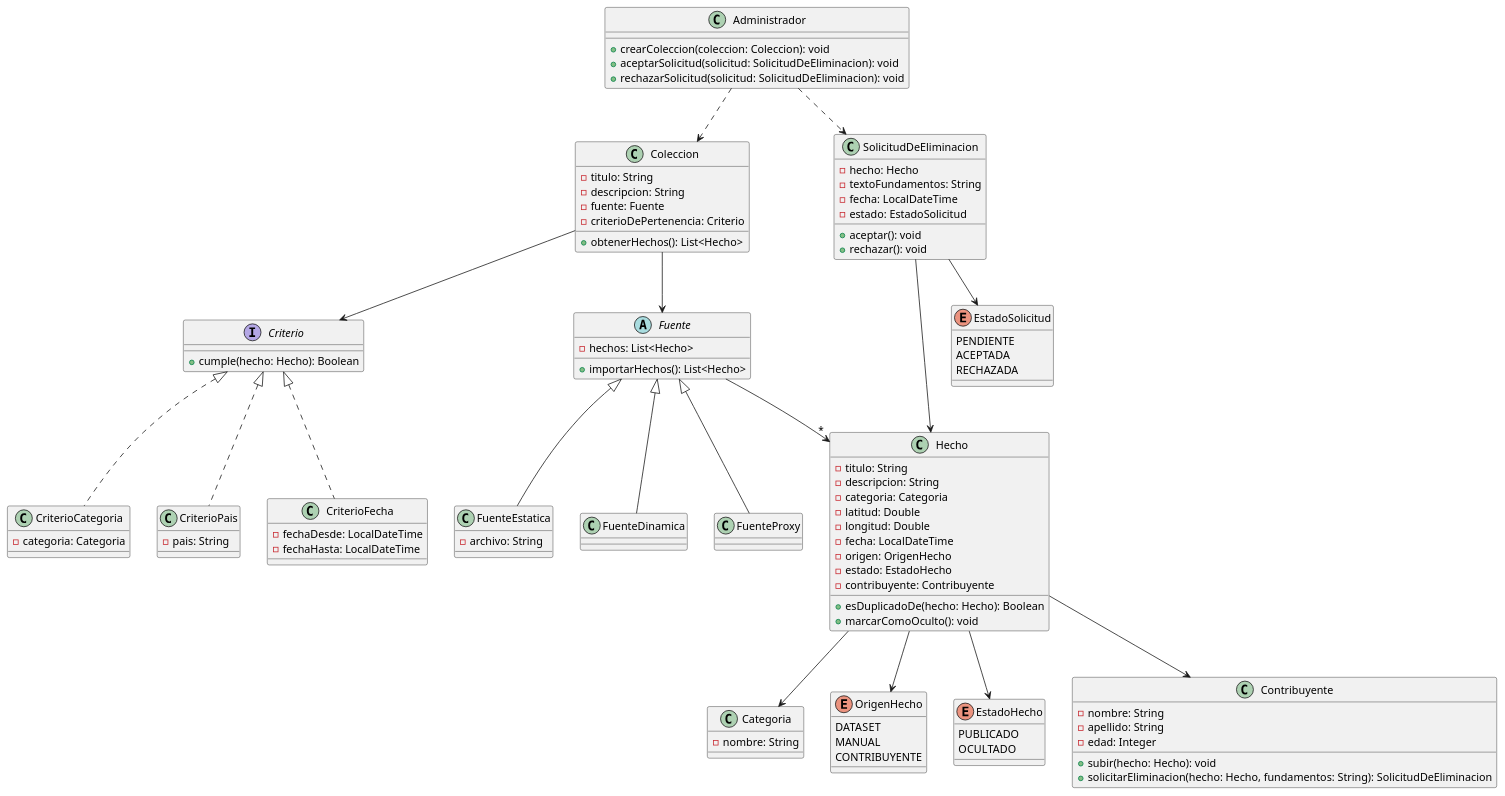
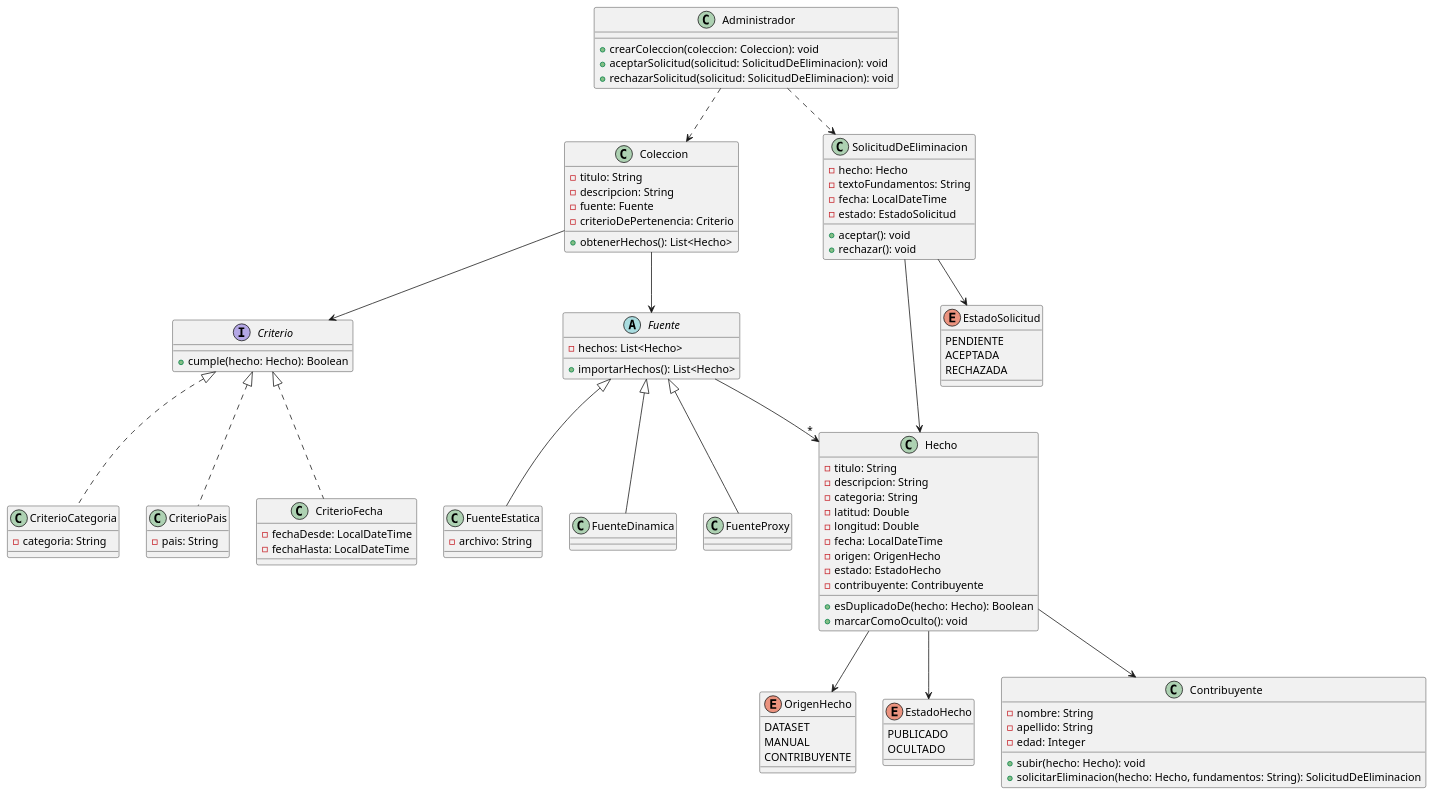
One commit to NicolasPazz/metamapa changed the diagram in src/diagramas/diagrama.puml. Above: the diagram before and after it, drawn with PlantUML.

Commit message:
fix: cambio de tipo categoria

```diff
--- a/src/diagramas/diagrama.puml
+++ b/src/diagramas/diagrama.puml
@@ -1,121 +1,116 @@
 @startuml
 
 class Hecho {
     -titulo: String
     -descripcion: String
-    -categoria: Categoria
+    -categoria: String
     -latitud: Double
     -longitud: Double
     -fecha: LocalDateTime
     -origen: OrigenHecho
     -estado: EstadoHecho
     -contribuyente: Contribuyente
 
     +esDuplicadoDe(hecho: Hecho): Boolean
     +marcarComoOculto(): void
-}
-
-class Categoria {
-    -nombre: String
 }
 
 enum OrigenHecho {
     DATASET
     MANUAL
     CONTRIBUYENTE
 }
 
 enum EstadoHecho{
     PUBLICADO
     OCULTADO
 }
 
 class Coleccion {
     -titulo: String
     -descripcion: String
     -fuente: Fuente
     -criterioDePertenencia: Criterio
 
     +obtenerHechos(): List<Hecho>
 }
 
 interface Criterio {
     +cumple(hecho: Hecho): Boolean
 }
 class CriterioCategoria {
-    -categoria: Categoria
+    -categoria: String
 }
 class CriterioPais {
     -pais: String
 }
 class CriterioFecha {
     -fechaDesde: LocalDateTime
     -fechaHasta: LocalDateTime
 }
 
 abstract Fuente {
     -hechos: List<Hecho>
 
     +importarHechos(): List<Hecho>
 }
 class FuenteEstatica {
     -archivo: String
 }
 class FuenteDinamica
 class FuenteProxy
 
 class SolicitudDeEliminacion {
     -hecho: Hecho
     -textoFundamentos: String
     -fecha: LocalDateTime
     -estado: EstadoSolicitud
 
     +aceptar(): void
     +rechazar(): void
 }
 
 enum EstadoSolicitud {
     PENDIENTE
     ACEPTADA
     RECHAZADA
 }
 
 class Contribuyente {
     -nombre: String
     -apellido: String
     -edad: Integer
 
     +subir(hecho: Hecho): void
     +solicitarEliminacion(hecho: Hecho, fundamentos: String): SolicitudDeEliminacion
 }
 
 class Administrador {
     +crearColeccion(coleccion: Coleccion): void
     +aceptarSolicitud(solicitud: SolicitudDeEliminacion): void
     +rechazarSolicitud(solicitud: SolicitudDeEliminacion): void
 }
 
 Hecho --> Contribuyente
 Hecho --> OrigenHecho
-Hecho --> Categoria
 Hecho --> EstadoHecho
 
 Fuente -->"*" Hecho
 Fuente <|-- FuenteEstatica
 Fuente <|-- FuenteDinamica
 Fuente <|-- FuenteProxy
 
 Criterio <|.. CriterioCategoria
 Criterio <|.. CriterioPais
 Criterio <|.. CriterioFecha
 
 Coleccion --> Fuente
 Coleccion --> Criterio
 
 SolicitudDeEliminacion --> Hecho
 SolicitudDeEliminacion --> EstadoSolicitud
 
 Administrador ..> Coleccion
 Administrador ..> SolicitudDeEliminacion
 
 @enduml
```
